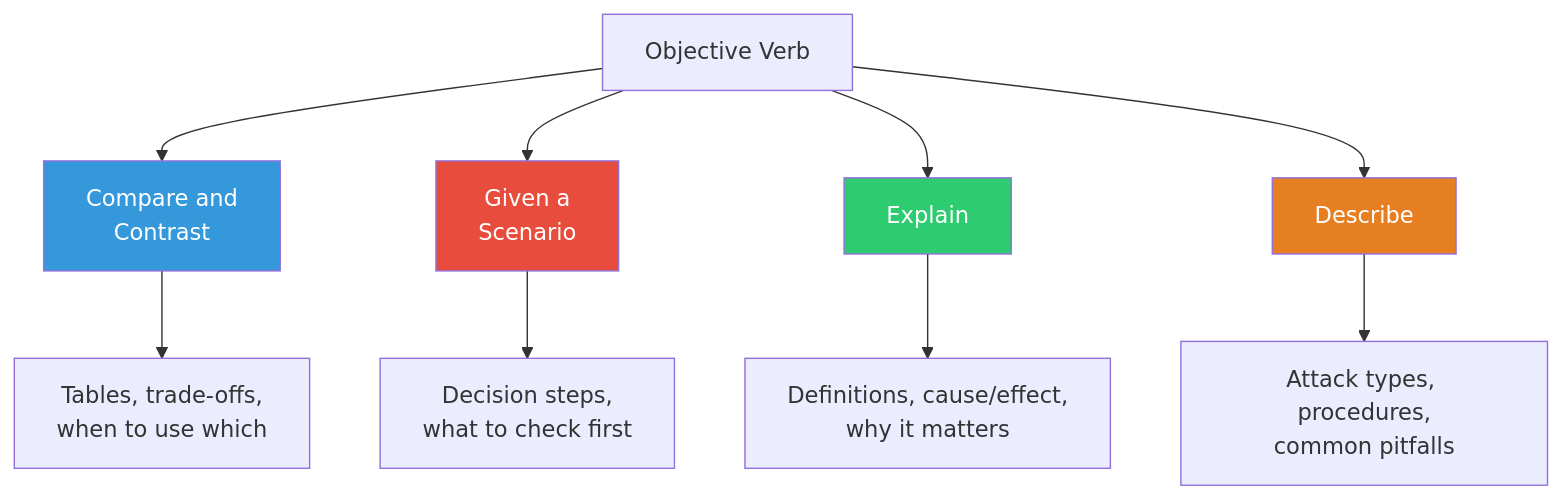
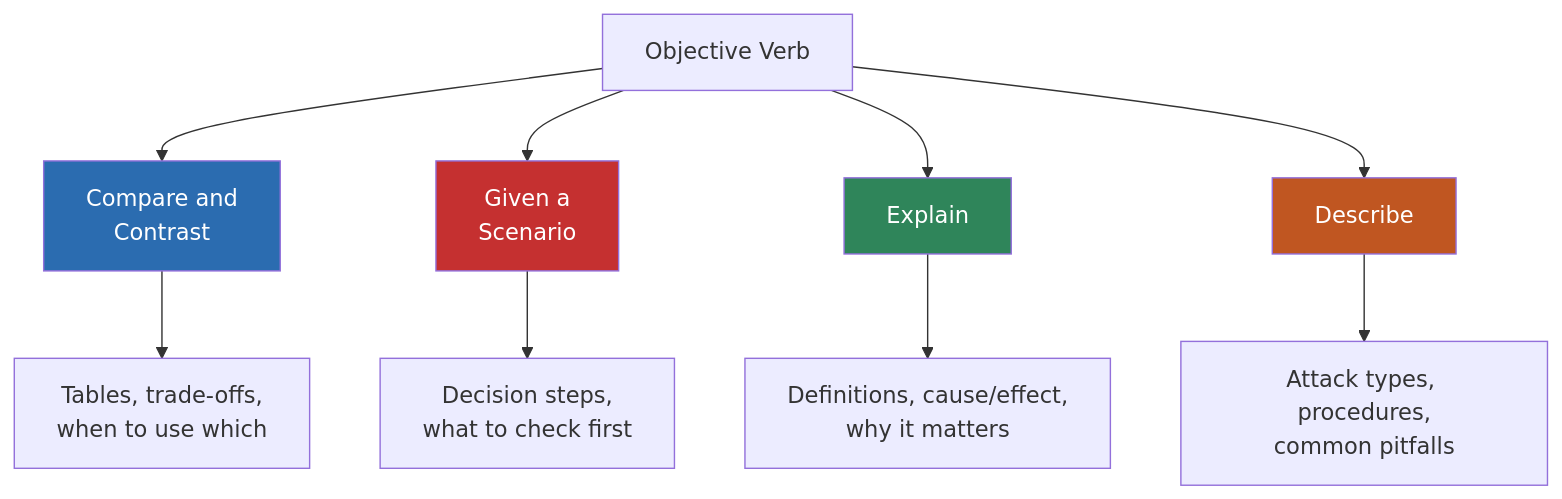
The third of 39 diagrams in 07-Visual-Study-Diagrams.md (George-API/CompTIA_DataSys_Study_Guide), drawn with Mermaid before and after one commit. The commit also changed other lines of this file, not shown here.

Commit message:
Improvements to visual study mermaid diagrams

````diff
--- a/07-Visual-Study-Diagrams.md
+++ b/07-Visual-Study-Diagrams.md
@@ -45,17 +45,17 @@
 ```mermaid
 flowchart TD
-    OBJ["Objective Verb"] --> CC["Compare and\nContrast"]
-    OBJ --> GAS["Given a\nScenario"]
+    OBJ["Objective Verb"] --> CC["Compare and<br/>Contrast"]
+    OBJ --> GAS["Given a<br/>Scenario"]
     OBJ --> EXP["Explain"]
     OBJ --> DESC["Describe"]
 
-    CC --> CC_A["Tables, trade-offs,\nwhen to use which"]
-    GAS --> GAS_A["Decision steps,\nwhat to check first"]
-    EXP --> EXP_A["Definitions, cause/effect,\nwhy it matters"]
-    DESC --> DESC_A["Attack types, procedures,\ncommon pitfalls"]
+    CC --> CC_A["Tables, trade-offs,<br/>when to use which"]
+    GAS --> GAS_A["Decision steps,<br/>what to check first"]
+    EXP --> EXP_A["Definitions, cause/effect,<br/>why it matters"]
+    DESC --> DESC_A["Attack types, procedures,<br/>common pitfalls"]
 
-    style CC fill:#3498db,color:#fff
-    style GAS fill:#e74c3c,color:#fff
-    style EXP fill:#2ecc71,color:#fff
-    style DESC fill:#e67e22,color:#fff
+    style CC fill:#2B6CB0,color:#fff
+    style GAS fill:#C53030,color:#fff
+    style EXP fill:#2F855A,color:#fff
+    style DESC fill:#C05621,color:#fff
 ```
````
